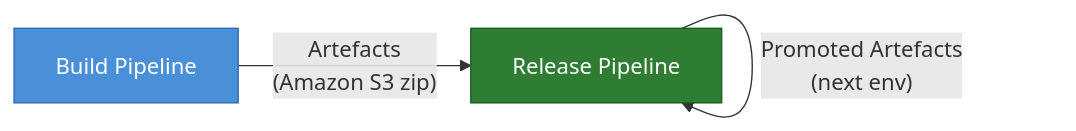
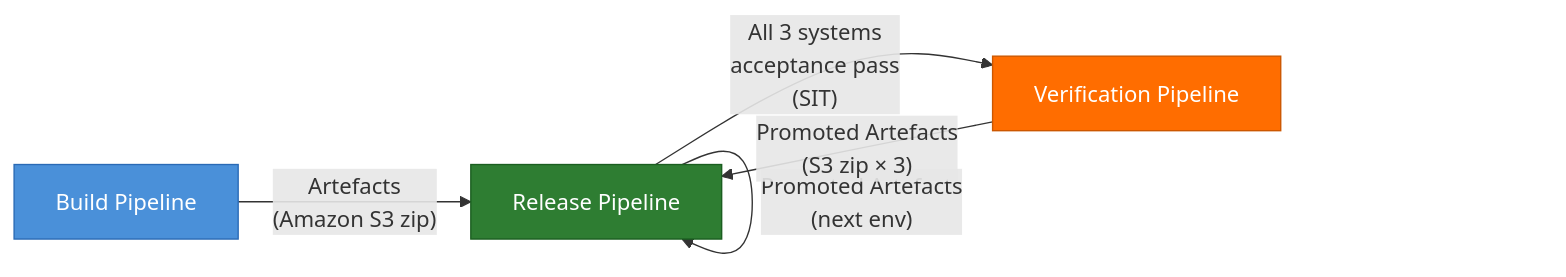
Before and after one commit to mitsram/integration-example-aws: the first of 14 diagrams in docs/cicd-integration.md, drawn with Mermaid. The commit also changed other lines of this file and 1 other file, not shown here.

````diff
--- a/docs/cicd-integration.md
+++ b/docs/cicd-integration.md
@@ -38,10 +39,14 @@
 ```mermaid
 flowchart LR
     BP["Build Pipeline"]
     RP["Release Pipeline"]
+    VP["Verification Pipeline"]
     BP -- "Artefacts\n(Amazon S3 zip)" --> RP
     RP -- "Promoted Artefacts\n(next env)" --> RP
+    RP -- "All 3 systems\nacceptance pass\n(SIT)" --> VP
+    VP -- "Promoted Artefacts\n(S3 zip × 3)" --> RP
 
     style BP fill:#4A90D9,color:#fff,stroke:#2a6ab5
     style RP fill:#2e7d32,color:#fff,stroke:#1b5e20
+    style VP fill:#FF6D00,color:#fff,stroke:#cc5700
 ```
````
